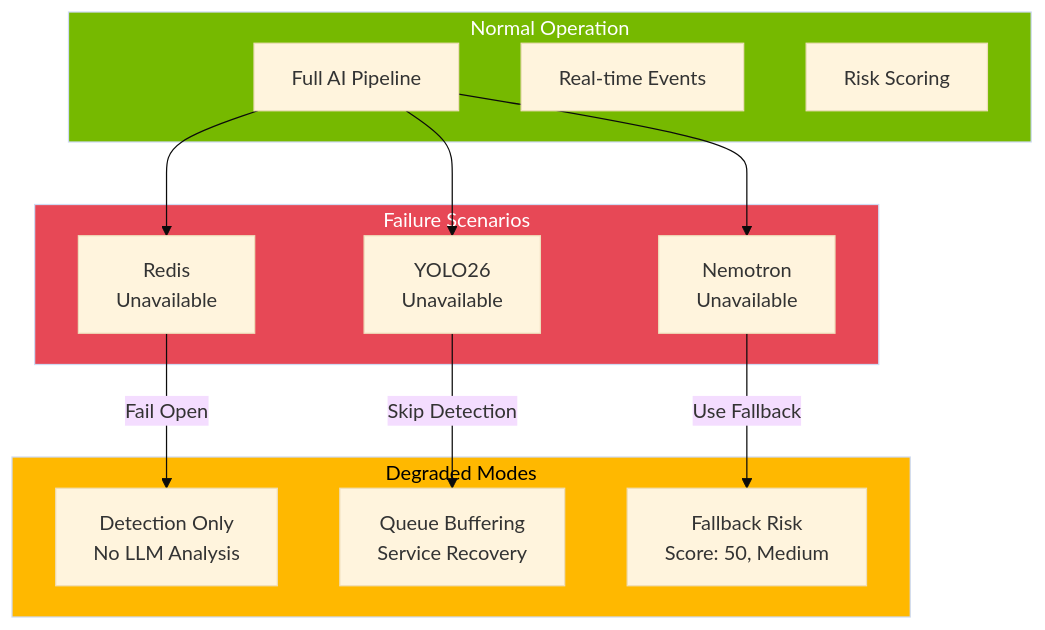
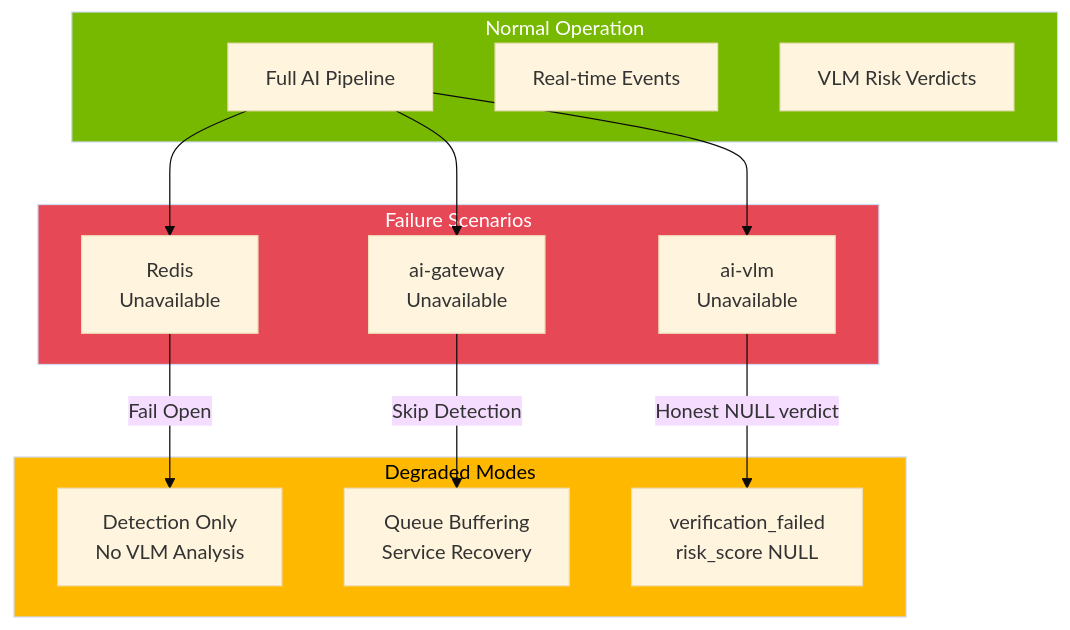
One commit to mikesvoboda/nemotron-v3-home-security-intelligence changed the seventh of 15 diagrams in docs/architecture/resilience.md. Above: the diagram before and after it, drawn with Mermaid (base theme). The commit also changed other lines of this file and 231 other files, not shown here.

````diff
--- a/docs/architecture/resilience.md
+++ b/docs/architecture/resilience.md
@@ -588,32 +620,32 @@
 ```mermaid
 flowchart TB
     subgraph Normal["Normal Operation"]
         N1[Full AI Pipeline]
         N2[Real-time Events]
-        N3[Risk Scoring]
+        N3[VLM Risk Verdicts]
     end
 
     subgraph Degraded["Degraded Modes"]
-        D1[Detection Only<br/>No LLM Analysis]
+        D1[Detection Only<br/>No VLM Analysis]
         D2[Queue Buffering<br/>Service Recovery]
-        D3[Fallback Risk<br/>Score: 50, Medium]
+        D3[verification_failed<br/>risk_score NULL]
     end
 
     subgraph Failed["Failure Scenarios"]
-        F1[YOLO26<br/>Unavailable]
-        F2[Nemotron<br/>Unavailable]
+        F1[ai-gateway<br/>Unavailable]
+        F2[ai-vlm<br/>Unavailable]
         F3[Redis<br/>Unavailable]
     end
 
     F1 -->|Skip Detection| D2
-    F2 -->|Use Fallback| D3
+    F2 -->|Honest NULL verdict| D3
     F3 -->|Fail Open| D1
 
     N1 --> F1
     N1 --> F2
     N1 --> F3
 
     style Normal fill:#76B900,color:#fff
     style Degraded fill:#FFB800,color:#000
     style Failed fill:#E74856,color:#fff
 ```
````
